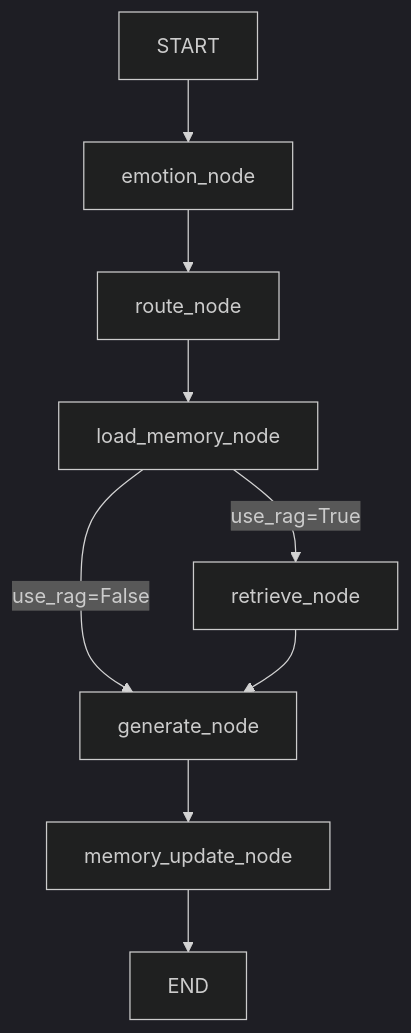
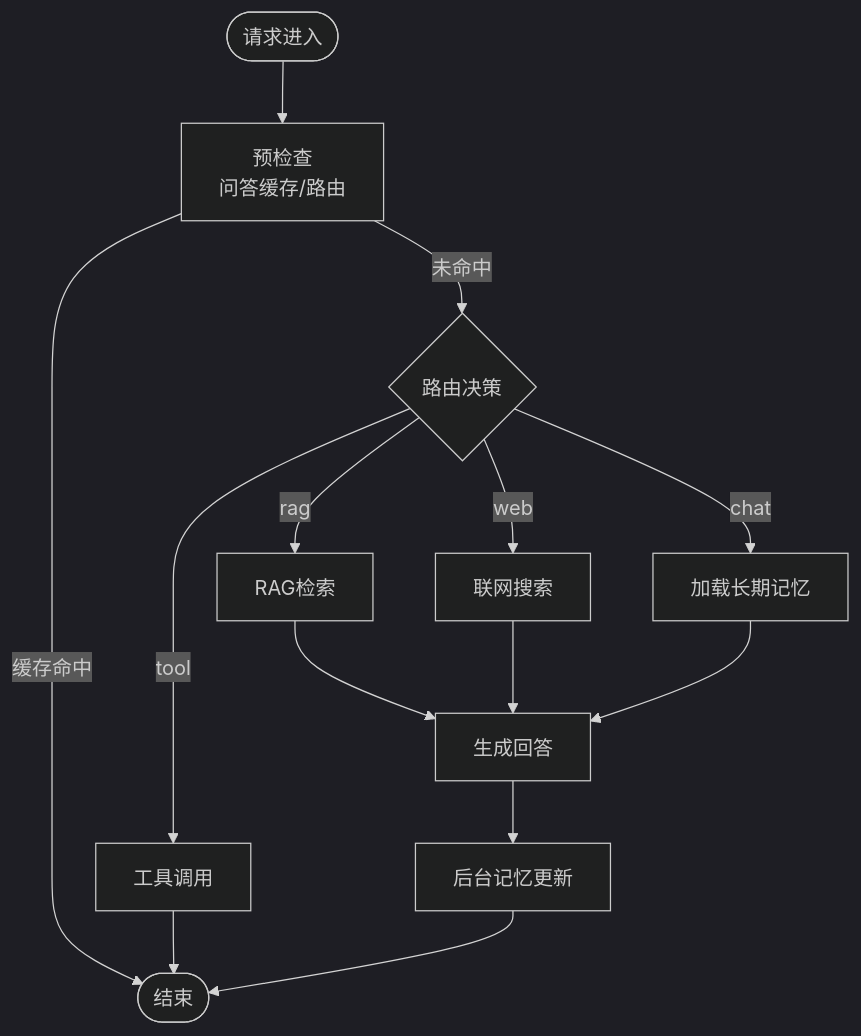
One commit to Cecil09312/DingDingAIAssistant changed the third of 7 diagrams in .qoder/repowiki/zh/content/项目概述.md. Above: the diagram before and after it, drawn with Mermaid (dark theme). The commit also changed other lines of this file and 81 other files, not shown here.

````diff
--- a/.qoder/repowiki/zh/content/项目概述.md
+++ b/.qoder/repowiki/zh/content/项目概述.md
@@ -164,11 +138,16 @@
 ```mermaid
 flowchart TD
-START["START"] --> EMOTION["emotion_node"]
-EMOTION --> ROUTE["route_node"]
-ROUTE --> LOAD_MEM["load_memory_node"]
-LOAD_MEM --> |use_rag=True| RETRIEVE["retrieve_node"]
-LOAD_MEM --> |use_rag=False| GENERATE["generate_node"]
-RETRIEVE --> GENERATE
-GENERATE --> MEM_UPDATE["memory_update_node"]
-MEM_UPDATE --> END["END"]
+Start(["请求进入"]) --> PreCheck["预检查<br/>问答缓存/路由"]
+PreCheck --> |缓存命中| End(["结束"])
+PreCheck --> |未命中| Route{"路由决策"}
+Route --> |tool| Tool["工具调用"]
+Route --> |rag| Retrieve["RAG检索"]
+Route --> |web| WebSearch["联网搜索"]
+Route --> |chat| LoadMem["加载长期记忆"]
+Retrieve --> Gen["生成回答"]
+WebSearch --> Gen
+LoadMem --> Gen
+Tool --> End
+Gen --> MemBg["后台记忆更新"]
+MemBg --> End
 ```
````
